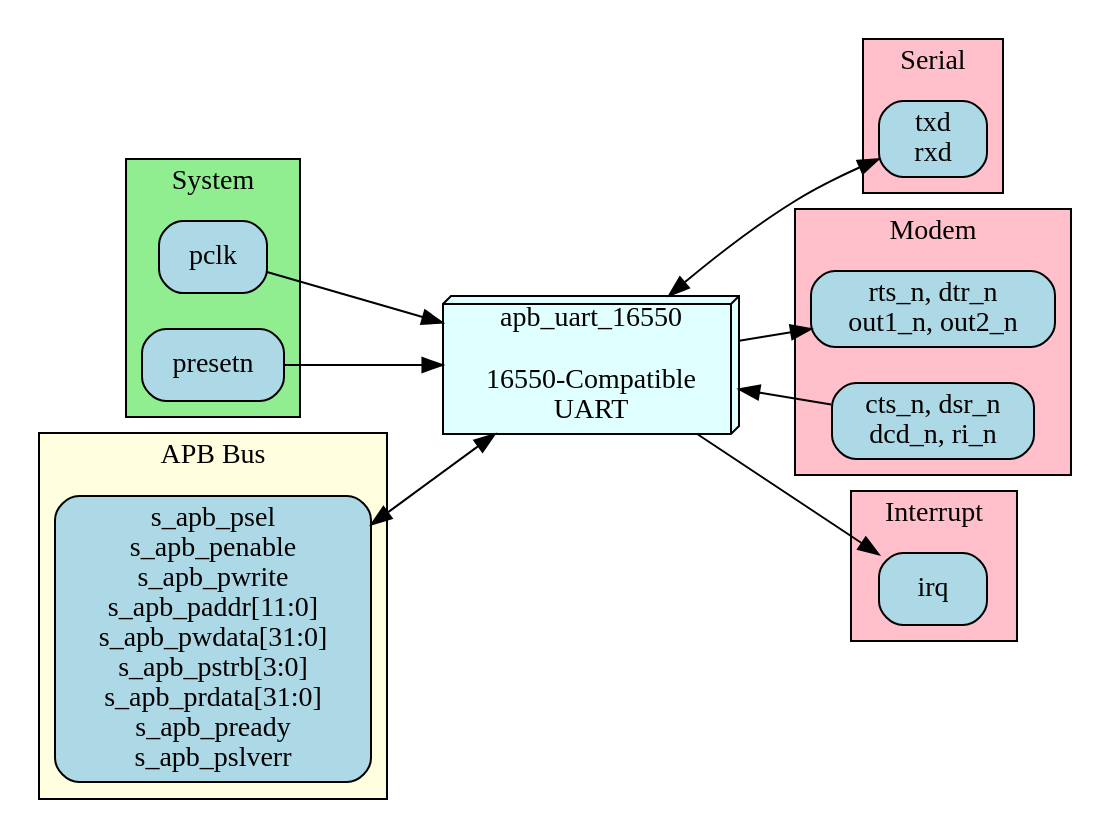
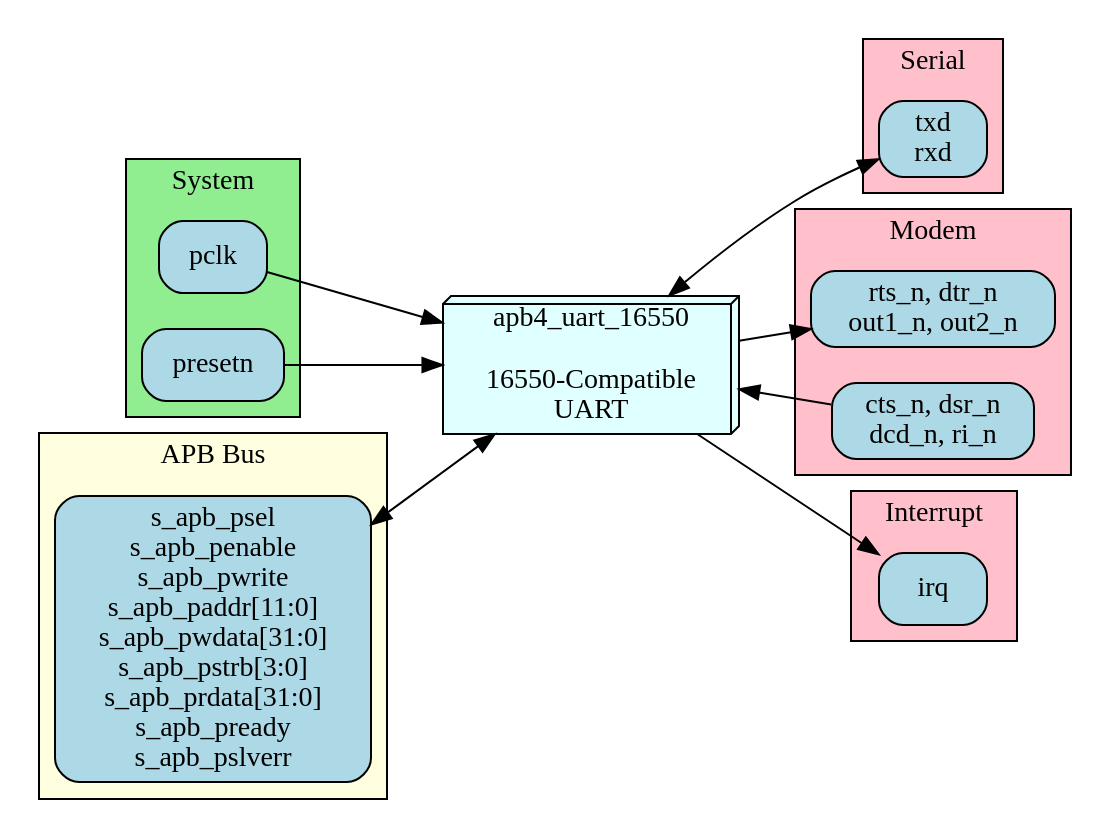
The diagram in projects/components/retro_legacy_blocks/docs/uart_16550_mas/assets/graphviz/uart_interfaces.gv (sean-galloway/RTLDesignSherpa), drawn with Graphviz before and after one commit. The commit also changed 751 other files, not shown here.

```diff
--- a/projects/components/retro_legacy_blocks/docs/uart_16550_mas/assets/graphviz/uart_interfaces.gv
+++ b/projects/components/retro_legacy_blocks/docs/uart_16550_mas/assets/graphviz/uart_interfaces.gv
@@ -1,63 +1,63 @@
 // UART 16550 External Interfaces Block Diagram
 // Purpose: Show all external connections
 
 digraph uart_interfaces {
     rankdir=LR;
     node [shape=box, style="rounded,filled", fillcolor=lightblue];
     edge [fontsize=10];
 
     // External interfaces
     subgraph cluster_system {
         label="System";
         style=filled;
         fillcolor=lightgreen;
 
         clocks [label="pclk"];
         resets [label="presetn"];
     }
 
     subgraph cluster_apb {
         label="APB Bus";
         style=filled;
         fillcolor=lightyellow;
 
         apb_sigs [label="s_apb_psel\ns_apb_penable\ns_apb_pwrite\ns_apb_paddr[11:0]\ns_apb_pwdata[31:0]\ns_apb_pstrb[3:0]\ns_apb_prdata[31:0]\ns_apb_pready\ns_apb_pslverr"];
     }
 
     // Main module
-    uart [label="apb_uart_16550\n\n16550-Compatible\nUART", fillcolor=lightcyan, shape=box3d];
+    uart [label="apb4_uart_16550\n\n16550-Compatible\nUART", fillcolor=lightcyan, shape=box3d];
 
     subgraph cluster_serial {
         label="Serial";
         style=filled;
         fillcolor=pink;
 
         serial [label="txd\nrxd"];
     }
 
     subgraph cluster_modem {
         label="Modem";
         style=filled;
         fillcolor=pink;
 
         modem_out [label="rts_n, dtr_n\nout1_n, out2_n"];
         modem_in [label="cts_n, dsr_n\ndcd_n, ri_n"];
     }
 
     subgraph cluster_int {
         label="Interrupt";
         style=filled;
         fillcolor=pink;
 
         irq [label="irq"];
     }
 
     // Connections
     clocks -> uart;
     resets -> uart;
     apb_sigs -> uart [dir=both];
     uart -> serial [dir=both];
     uart -> modem_out;
     modem_in -> uart;
     uart -> irq;
 }
```
